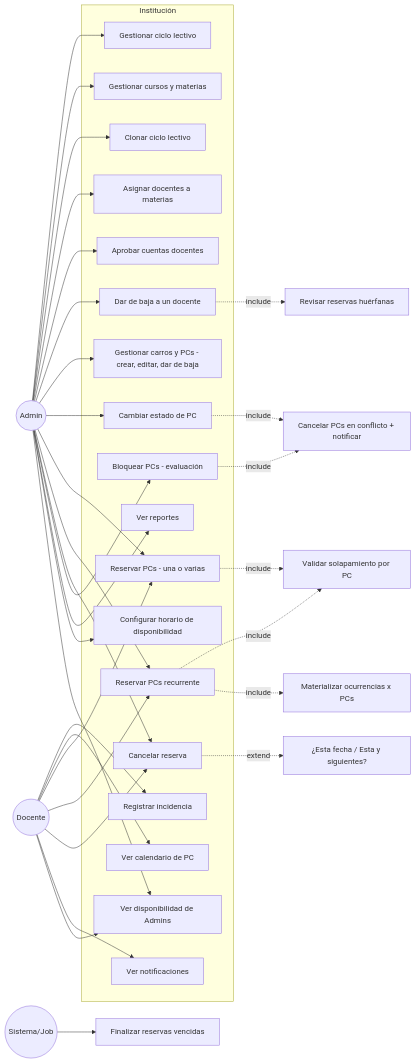
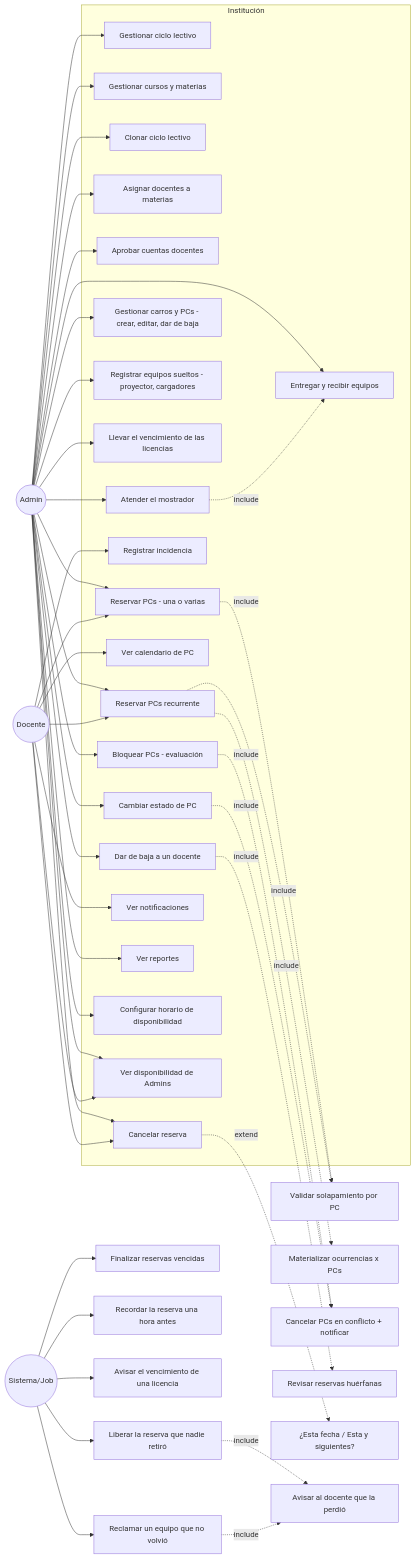
One commit to agustin-y2k/sgrc changed the diagram in docs/02-casos-de-uso.md. Above: the diagram before and after it, drawn with Mermaid. The commit also changed other lines of this file and 105 other files, not shown here.

First line of the commit message:
Que la máquina que nadie retiró no quede bloqueada toda la mañana

````diff
--- a/docs/02-casos-de-uso.md
+++ b/docs/02-casos-de-uso.md
@@ -5,43 +5,59 @@
 ```mermaid
 flowchart LR
     ADM((Admin))
     DOC((Docente))
     SYS((Sistema/Job))
 
     subgraph Institución
         UC_Ciclo[Gestionar ciclo lectivo]
         UC_CursoMat[Gestionar cursos y materias]
         UC_Clonar[Clonar ciclo lectivo]
         UC_AsigDoc[Asignar docentes a materias]
         UC_AprobarDoc[Aprobar cuentas docentes]
         UC_BajaDoc[Dar de baja a un docente]
         UC_Inventario[Gestionar carros y PCs - crear, editar, dar de baja]
+        UC_OtrosEquipos[Registrar equipos sueltos - proyector, cargadores]
+        UC_Licencias[Llevar el vencimiento de las licencias]
+        UC_Mostrador[Atender el mostrador]
+        UC_Entregar[Entregar y recibir equipos]
         UC_Incidencia[Registrar incidencia]
         UC_CambioEstadoPC[Cambiar estado de PC]
         UC_Calendario[Ver calendario de PC]
         UC_Reservar[Reservar PCs - una o varias]
         UC_ReservarRec[Reservar PCs recurrente]
         UC_Cancelar[Cancelar reserva]
         UC_Bloquear[Bloquear PCs - evaluación]
         UC_Notif[Ver notificaciones]
         UC_Reportes[Ver reportes]
         UC_Horario[Configurar horario de disponibilidad]
         UC_VerDisp[Ver disponibilidad de Admins]
     end
 
     ADM --> UC_Ciclo & UC_CursoMat & UC_Clonar & UC_AsigDoc & UC_AprobarDoc & UC_BajaDoc
     ADM --> UC_Inventario & UC_CambioEstadoPC & UC_Reservar & UC_ReservarRec & UC_Cancelar & UC_Bloquear & UC_Reportes
     ADM --> UC_Horario & UC_VerDisp
+    ADM --> UC_OtrosEquipos & UC_Licencias & UC_Mostrador & UC_Entregar
 
     DOC --> UC_Incidencia & UC_Calendario & UC_Reservar & UC_ReservarRec & UC_Cancelar & UC_Notif & UC_VerDisp
 
     SYS --> UC_Vencer[Finalizar reservas vencidas]
+    SYS --> UC_Recordar[Recordar la reserva una hora antes]
+    SYS --> UC_Liberar[Liberar la reserva que nadie retiró]
+    SYS --> UC_Reclamar[Reclamar un equipo que no volvió]
+    SYS --> UC_AvisarLic[Avisar el vencimiento de una licencia]
 
     UC_Reservar -.include.-> UC_ValidSolap[Validar solapamiento por PC]
     UC_ReservarRec -.include.-> UC_ValidSolap
     UC_ReservarRec -.include.-> UC_MaterializarOcurrencias[Materializar ocurrencias x PCs]
     UC_Bloquear -.include.-> UC_CancelPuntual[Cancelar PCs en conflicto + notificar]
     UC_CambioEstadoPC -.include.-> UC_CancelPuntual
     UC_BajaDoc -.include.-> UC_RevisarReservas[Revisar reservas huérfanas]
     UC_Cancelar -.extend.-> UC_OpcionRecur[¿Esta fecha / Esta y siguientes?]
+    UC_Mostrador -.include.-> UC_Entregar
+    UC_Liberar -.include.-> UC_AvisarDocente[Avisar al docente que la perdió]
+    UC_Reclamar -.include.-> UC_AvisarDocente
+
+    %% Un equipo suelto no es un caso aparte una vez cargado: se entrega, se
+    %% reclama y —si es reservable— se reserva por los mismos caminos que una
+    %% PC de carro. Por eso UC_OtrosEquipos no cuelga de nada más.
 ```
````
